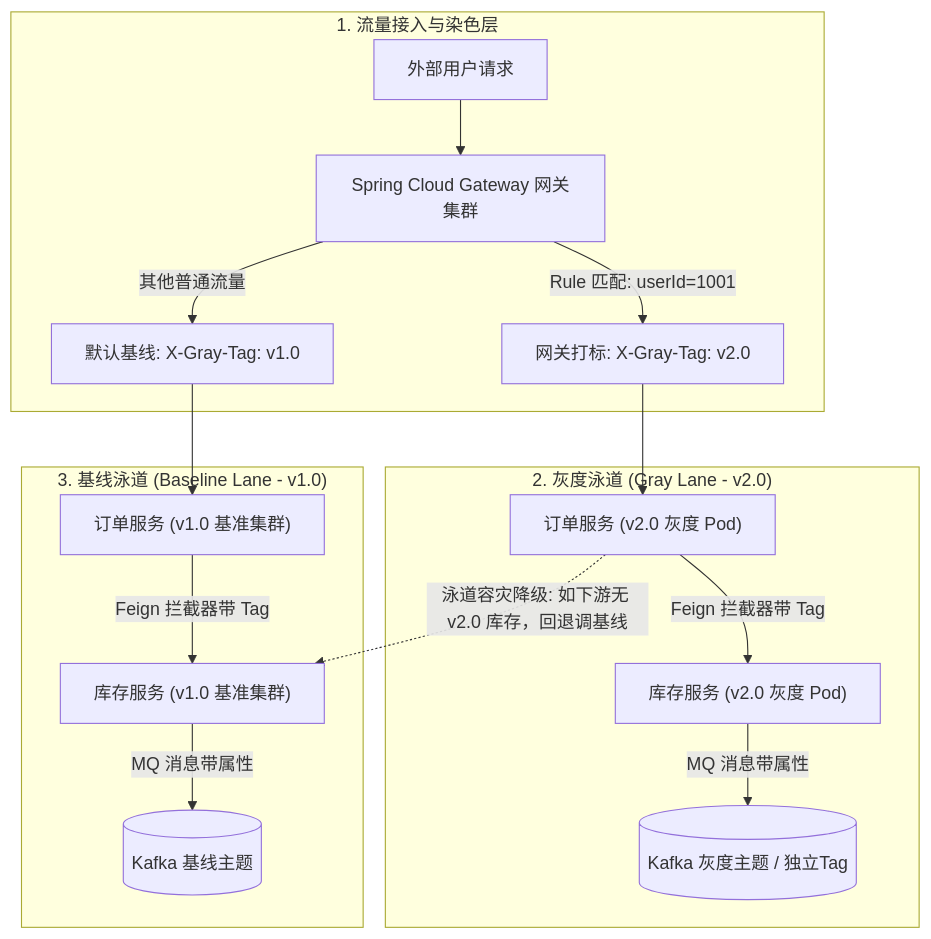
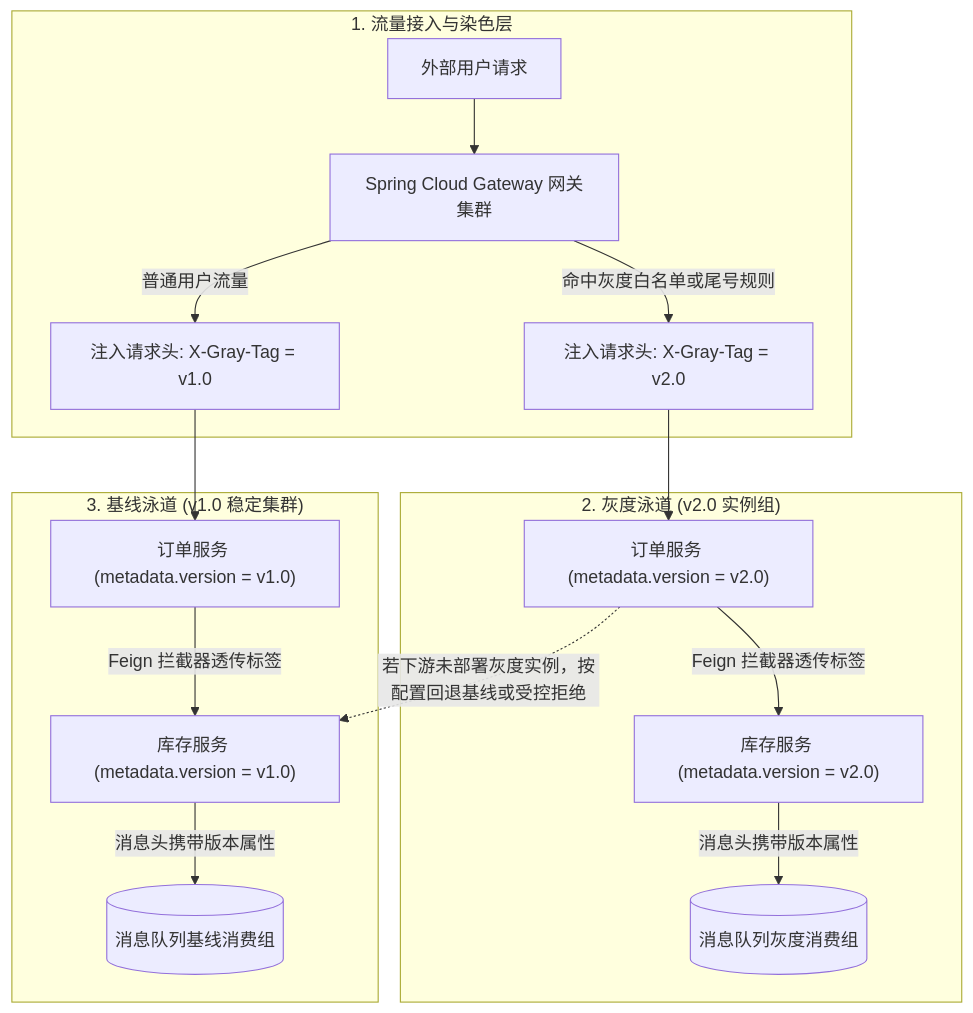
The first of 2 diagrams in 20-Java后端/09-项目实战/04-项目-微服务治理脚手架.md (GuoWWWX/knowledge-base), drawn with Mermaid before and after one commit. The commit also changed other lines of this file and 251 other files, not shown here.

````diff
--- a/20-Java后端/09-项目实战/04-项目-微服务治理脚手架.md
+++ b/20-Java后端/09-项目实战/04-项目-微服务治理脚手架.md
@@ -39,22 +48,22 @@
 ```mermaid
 flowchart TD
     subgraph Ingress["1. 流量接入与染色层"]
         UserReq["外部用户请求"] --> GW["Spring Cloud Gateway 网关集群"]
-        GW -->|"Rule 匹配: userId=1001"| TagMark["网关打标: X-Gray-Tag: v2.0"]
-        GW -->|"其他普通流量"| BaseMark["默认基线: X-Gray-Tag: v1.0"]
+        GW -->|"命中灰度白名单或尾号规则"| TagMark["注入请求头: X-Gray-Tag = v2.0"]
+        GW -->|"普通用户流量"| BaseMark["注入请求头: X-Gray-Tag = v1.0"]
     end
 
-    subgraph LaneV2["2. 灰度泳道 (Gray Lane - v2.0)"]
-        TagMark --> OrderV2["订单服务 (v2.0 灰度 Pod)"]
-        OrderV2 -->|"Feign 拦截器带 Tag"| StockV2["库存服务 (v2.0 灰度 Pod)"]
-        StockV2 -->|"MQ 消息带属性"| MQ_V2[("Kafka 灰度主题 / 独立Tag")]
+    subgraph LaneV2["2. 灰度泳道 (v2.0 实例组)"]
+        TagMark --> OrderV2["订单服务 (metadata.version = v2.0)"]
+        OrderV2 -->|"Feign 拦截器透传标签"| StockV2["库存服务 (metadata.version = v2.0)"]
+        StockV2 -->|"消息头携带版本属性"| MQ_V2[("消息队列灰度消费组")]
     end
 
-    subgraph LaneV1["3. 基线泳道 (Baseline Lane - v1.0)"]
-        BaseMark --> OrderV1["订单服务 (v1.0 基准集群)"]
-        OrderV1 -->|"Feign 拦截器带 Tag"| StockV1["库存服务 (v1.0 基准集群)"]
-        StockV1 -->|"MQ 消息带属性"| MQ_V1[("Kafka 基线主题")]
+    subgraph LaneV1["3. 基线泳道 (v1.0 稳定集群)"]
+        BaseMark --> OrderV1["订单服务 (metadata.version = v1.0)"]
+        OrderV1 -->|"Feign 拦截器透传标签"| StockV1["库存服务 (metadata.version = v1.0)"]
+        StockV1 -->|"消息头携带版本属性"| MQ_V1[("消息队列基线消费组")]
     end
 
-    OrderV2 -.->|"泳道容灾降级: 如下游无 v2.0 库存，回退调基线"| StockV1
+    OrderV2 -.->|"若下游未部署灰度实例，按配置回退基线或受控拒绝"| StockV1
 ```
````
